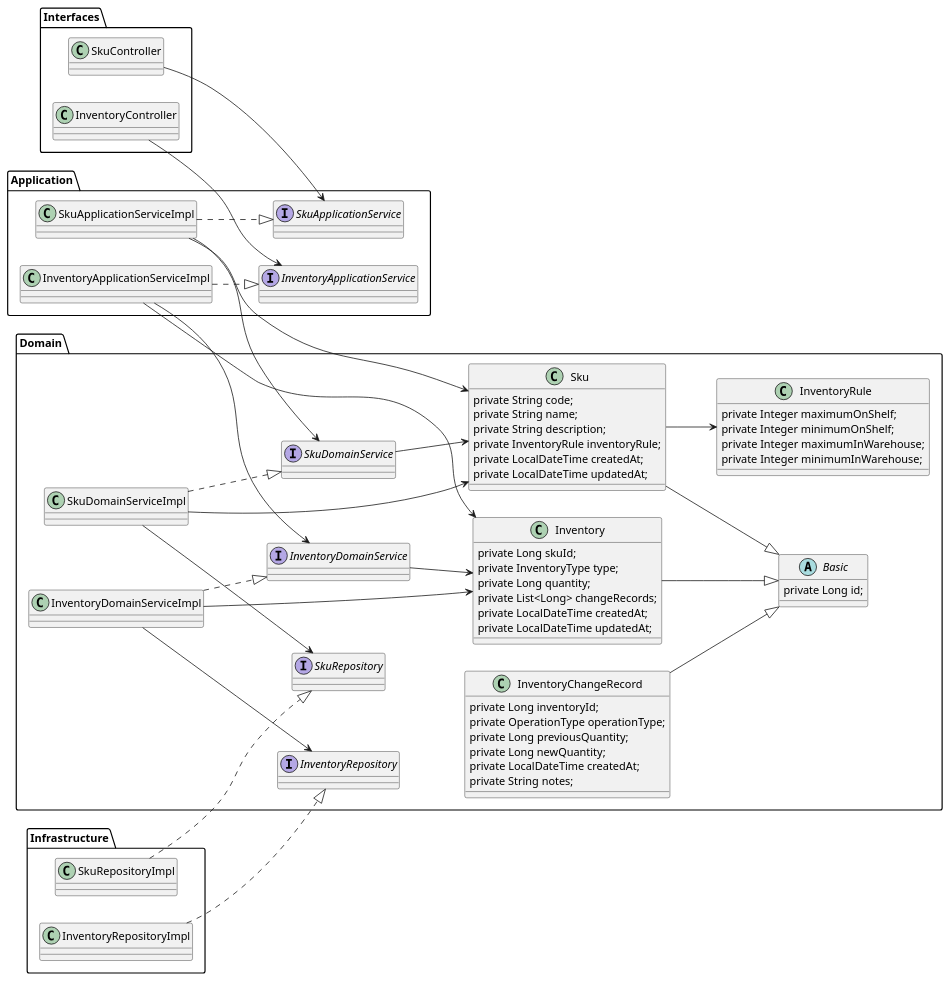
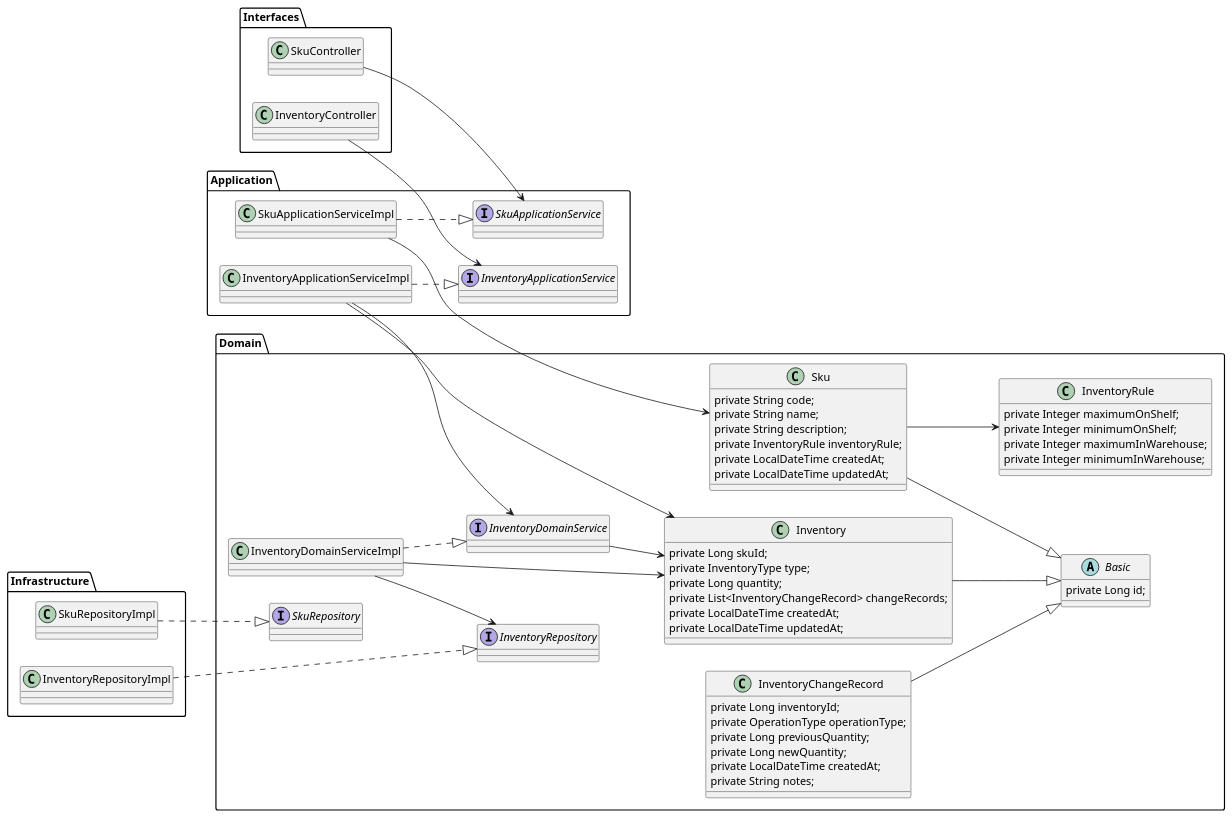
The diagram in uml/4. class.puml (Jeromefromcn/JavaFinalProject8020), drawn with PlantUML before and after one commit. The commit also changed 13 other files, not shown here.

```diff
--- a/uml/4. class.puml
+++ b/uml/4. class.puml
@@ -1,87 +1,87 @@
 @startuml
 'https://plantuml.com/class-diagram
 left to right direction
 
 package Interfaces {
     class InventoryController
     class SkuController
 }
 
 package Application {
     interface InventoryApplicationService
     class InventoryApplicationServiceImpl
     interface SkuApplicationService
     class SkuApplicationServiceImpl
 }
 
 package Domain {
     interface InventoryDomainService
     class InventoryDomainServiceImpl
-    interface SkuDomainService
-    class SkuDomainServiceImpl
+'    interface SkuDomainService
+'    class SkuDomainServiceImpl
     abstract Basic {
         private Long id;
     }
     class Inventory {
         private Long skuId;
         private InventoryType type;
         private Long quantity;
-        private List<Long> changeRecords;
+        private List<InventoryChangeRecord> changeRecords;
         private LocalDateTime createdAt;
         private LocalDateTime updatedAt;
     }
     class InventoryChangeRecord {
         private Long inventoryId;
         private OperationType operationType;
         private Long previousQuantity;
         private Long newQuantity;
         private LocalDateTime createdAt;
         private String notes;
     }
     interface InventoryRepository
     class Sku {
         private String code;
         private String name;
         private String description;
         private InventoryRule inventoryRule;
         private LocalDateTime createdAt;
         private LocalDateTime updatedAt;
     }
     class InventoryRule {
         private Integer maximumOnShelf;
         private Integer minimumOnShelf;
         private Integer maximumInWarehouse;
         private Integer minimumInWarehouse;
     }
     interface SkuRepository
 }
 
 package Infrastructure {
     class InventoryRepositoryImpl
     class SkuRepositoryImpl
 }
 
 InventoryController --> InventoryApplicationService
 InventoryApplicationServiceImpl ..|> InventoryApplicationService
 InventoryApplicationServiceImpl --> InventoryDomainService
 InventoryApplicationServiceImpl --> Inventory
 InventoryDomainServiceImpl ..|> InventoryDomainService
 InventoryDomainService --> Inventory
 InventoryDomainServiceImpl --> Inventory
 InventoryDomainServiceImpl --> InventoryRepository
 InventoryRepositoryImpl ..|> InventoryRepository
 Inventory --|> Basic
 InventoryChangeRecord --|> Basic
 
 SkuController --> SkuApplicationService
 SkuApplicationServiceImpl ..|> SkuApplicationService
-SkuApplicationServiceImpl --> SkuDomainService
+'SkuApplicationServiceImpl --> SkuDomainService
 SkuApplicationServiceImpl --> Sku
-SkuDomainServiceImpl ..|> SkuDomainService
-SkuDomainService --> Sku
-SkuDomainServiceImpl --> Sku
-SkuDomainServiceImpl --> SkuRepository
+'SkuDomainServiceImpl ..|> SkuDomainService
+'SkuDomainService --> Sku
+'SkuDomainServiceImpl --> Sku
+'SkuDomainServiceImpl --> SkuRepository
 SkuRepositoryImpl ..|> SkuRepository
 Sku --|> Basic
 Sku --> InventoryRule
 @enduml
```
